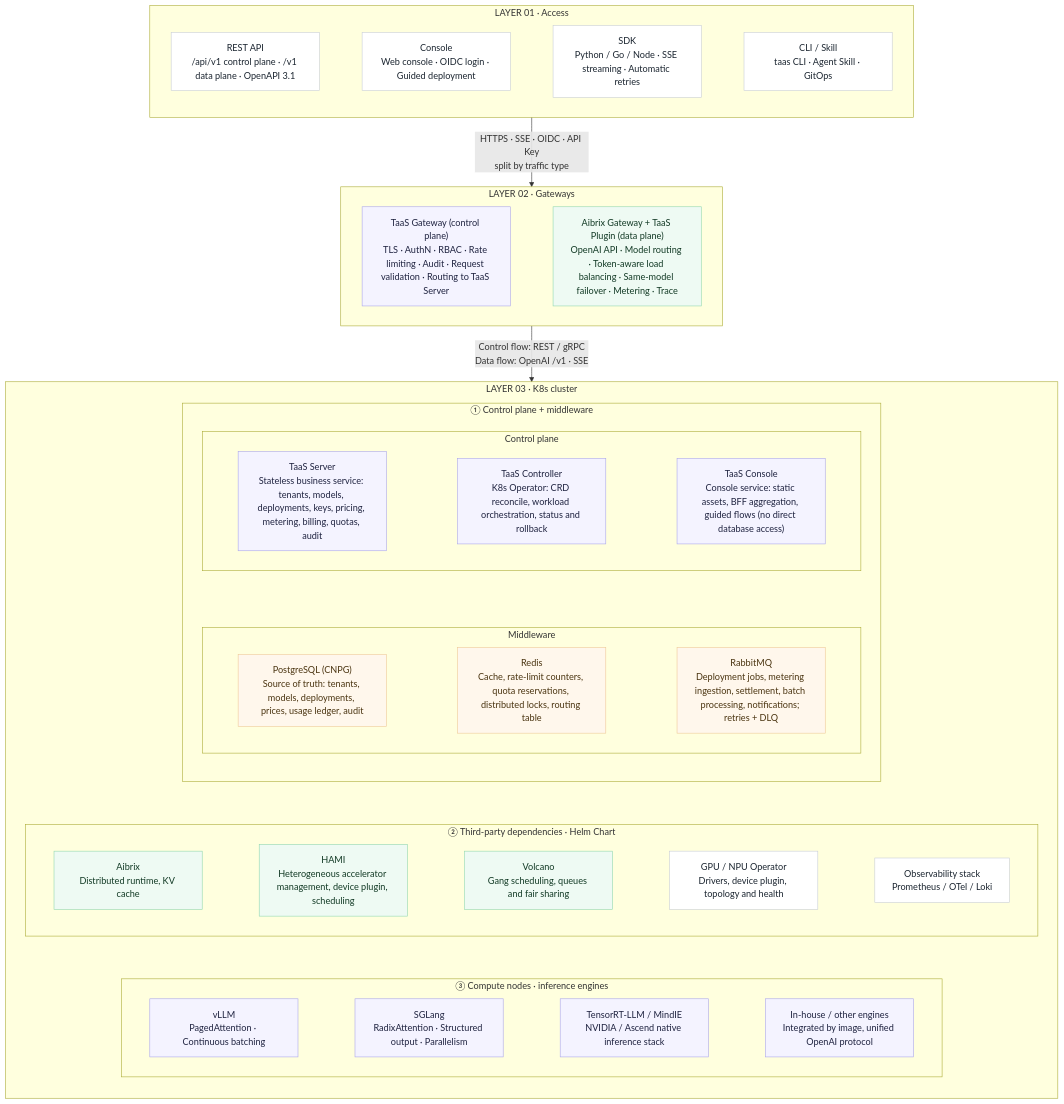
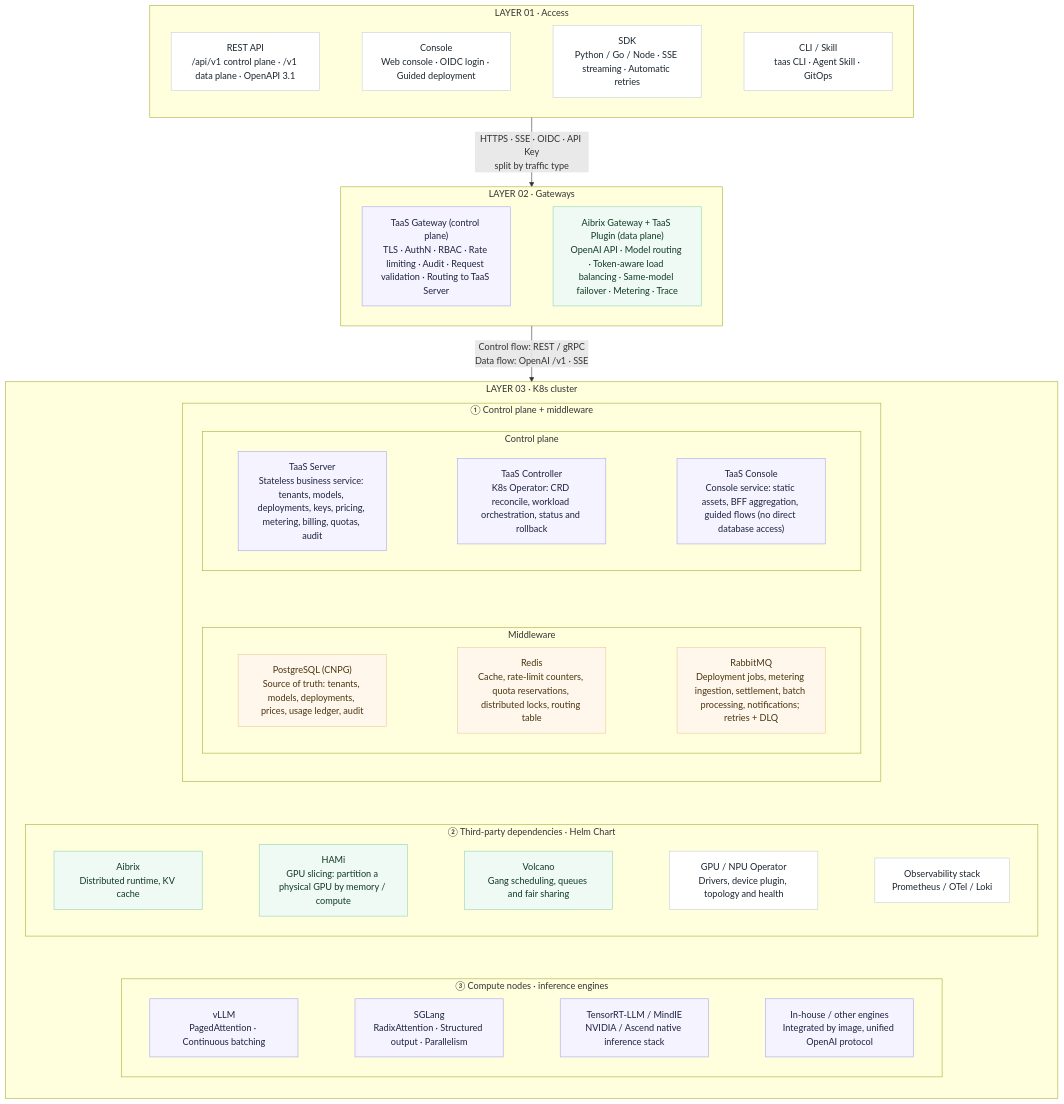
The diagram in data/readmes/go-taas__go-taas.md (zqf20096327/ai_collect), drawn with Mermaid before and after one commit. The commit also changed other lines of this file and 1911 other files, not shown here.

````diff
--- a/data/readmes/go-taas__go-taas.md
+++ b/data/readmes/go-taas__go-taas.md
@@ -108,66 +108,66 @@
 ```mermaid
 flowchart TB
 subgraph L1["LAYER 01 · Access"]
     direction LR
     A1["REST API<br/>/api/v1 control plane · /v1 data plane · OpenAPI 3.1"]:::cell
     A2["Console<br/>Web console · OIDC login · Guided deployment"]:::cell
     A3["SDK<br/>Python / Go / Node · SSE streaming · Automatic retries"]:::cell
     A4["CLI / Skill<br/>taas CLI · Agent Skill · GitOps"]:::cell
     A1 ~~~ A2 ~~~ A3 ~~~ A4
 end
 
 subgraph L2["LAYER 02 · Gateways"]
     direction LR
     G1["TaaS Gateway (control plane)<br/>TLS · AuthN · RBAC · Rate limiting · Audit · Request validation · Routing to TaaS Server"]:::cp
     G2["Aibrix Gateway + TaaS Plugin (data plane)<br/>OpenAI API · Model routing · Token-aware load balancing · Same-model failover · Metering · Trace"]:::dp
     G1 ~~~ G2
 end
 
 subgraph L3["LAYER 03 · K8s cluster"]
     direction TB
     subgraph L3A["① Control plane + middleware"]
         direction TB
         subgraph L3A1["Control plane"]
             direction LR
             S1["TaaS Server<br/>Stateless business service: tenants, models, deployments, keys, pricing, metering, billing, quotas, audit"]:::cp
             S2["TaaS Controller<br/>K8s Operator: CRD reconcile, workload orchestration, status and rollback"]:::cp
             S3["TaaS Console<br/>Console service: static assets, BFF aggregation, guided flows (no direct database access)"]:::cp
             S1 ~~~ S2 ~~~ S3
         end
         subgraph L3A2["Middleware"]
             direction LR
             M1["PostgreSQL (CNPG)<br/>Source of truth: tenants, models, deployments, prices, usage ledger, audit"]:::mw
             M2["Redis<br/>Cache, rate-limit counters, quota reservations, distributed locks, routing table"]:::mw
             M3["RabbitMQ<br/>Deployment jobs, metering ingestion, settlement, batch processing, notifications; retries + DLQ"]:::mw
             M1 ~~~ M2 ~~~ M3
         end
         L3A1 ~~~ L3A2
     end
     subgraph L3B["② Third-party dependencies · Helm Chart"]
         direction LR
         B1["Aibrix<br/>Distributed runtime, KV cache"]:::dp
-        B2["HAMI<br/>Heterogeneous accelerator management, device plugin, scheduling"]:::dp
+        B2["HAMi<br/>GPU slicing: partition a physical GPU by memory / compute"]:::dp
         B3["Volcano<br/>Gang scheduling, queues and fair sharing"]:::dp
         B4["GPU / NPU Operator<br/>Drivers, device plugin, topology and health"]:::cell
         B5["Observability stack<br/>Prometheus / OTel / Loki"]:::cell
         B1 ~~~ B2 ~~~ B3 ~~~ B4 ~~~ B5
     end
     subgraph L3C["③ Compute nodes · inference engines"]
         direction LR
         C1["vLLM<br/>PagedAttention · Continuous batching"]:::cp
         C2["SGLang<br/>RadixAttention · Structured output · Parallelism"]:::cp
         C3["TensorRT-LLM / MindIE<br/>NVIDIA / Ascend native inference stack"]:::cp
         C4["In-house / other engines<br/>Integrated by image, unified OpenAI protocol"]:::cp
         C1 ~~~ C2 ~~~ C3 ~~~ C4
     end
     L3A ~~~ L3B ~~~ L3C
 end
 
 L1 -->|"HTTPS · SSE · OIDC · API Key<br/>split by traffic type"| L2
 L2 -->|"Control flow: REST / gRPC<br/>Data flow: OpenAI /v1 · SSE"| L3
 
 classDef cell fill:#ffffff,stroke:#c7ccd6,color:#1b2530
 classDef cp fill:#f4f3ff,stroke:#a9a4ea,color:#1f2340
 classDef dp fill:#eefaf3,stroke:#8fd6ae,color:#123a25
 classDef mw fill:#fff7ec,stroke:#eec796,color:#4a3410
 ```
````
